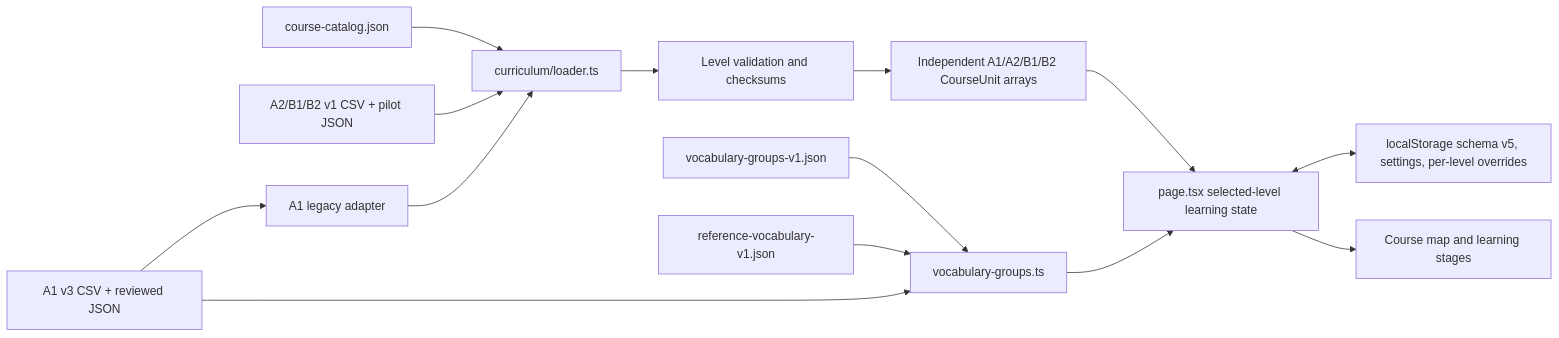
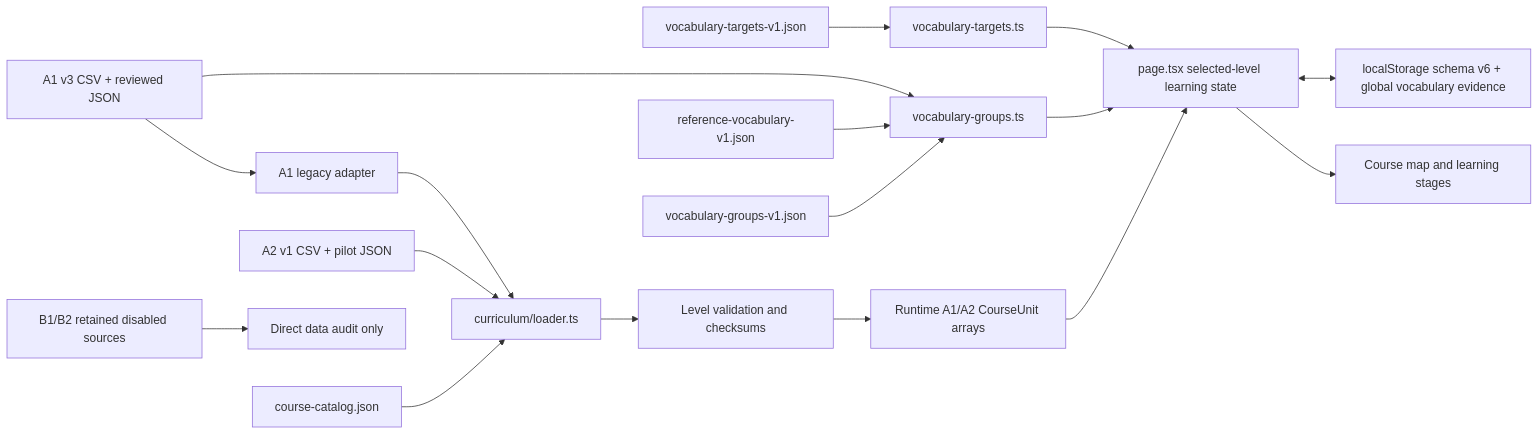
Before and after one commit to ej04520yjo4/EnglishWeb: the first of 2 diagrams in ARCHITECTURE.md, drawn with Mermaid. The commit also changed other lines of this file and 10 other files, not shown here.

Commit message:
Update A1 A2 vocabulary roadmap and project context

````diff
--- a/ARCHITECTURE.md
+++ b/ARCHITECTURE.md
@@ -9,16 +9,19 @@
 ```mermaid
 flowchart LR
   Catalog["course-catalog.json"] --> LevelLoader["curriculum/loader.ts"]
   A1["A1 v3 CSV + reviewed JSON"] --> Adapter["A1 legacy adapter"]
-  Advanced["A2/B1/B2 v1 CSV + pilot JSON"] --> LevelLoader
+  A2["A2 v1 CSV + pilot JSON"] --> LevelLoader
+  Disabled["B1/B2 retained disabled sources"] --> Audit["Direct data audit only"]
   Groups["vocabulary-groups-v1.json"] --> Vocabulary["vocabulary-groups.ts"]
   Reference["reference-vocabulary-v1.json"] --> Vocabulary
+  Targets["vocabulary-targets-v1.json"] --> TargetModule["vocabulary-targets.ts"]
   A1 --> Vocabulary
   Adapter --> LevelLoader
   LevelLoader --> Validate["Level validation and checksums"]
-  Validate --> Units["Independent A1/A2/B1/B2 CourseUnit arrays"]
+  Validate --> Units["Runtime A1/A2 CourseUnit arrays"]
   Units --> Page["page.tsx selected-level learning state"]
   Vocabulary --> Page
-  Page <--> Storage["localStorage schema v5, settings, per-level overrides"]
+  TargetModule --> Page
+  Page <--> Storage["localStorage schema v6 + global vocabulary evidence"]
   Page --> UI["Course map and learning stages"]
 ```
````
